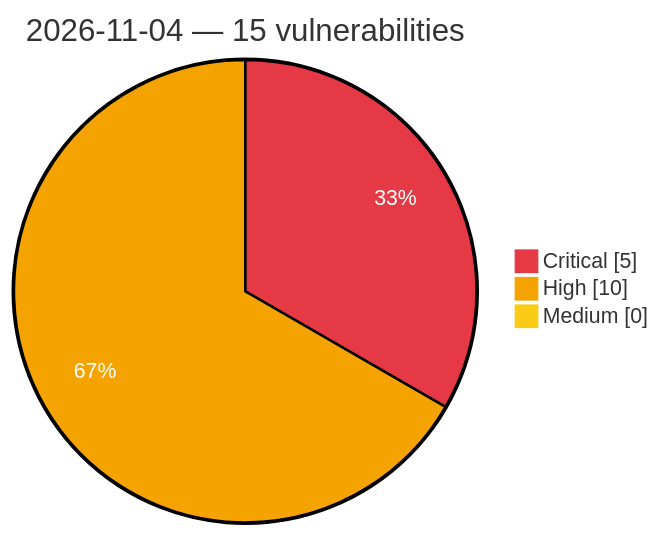
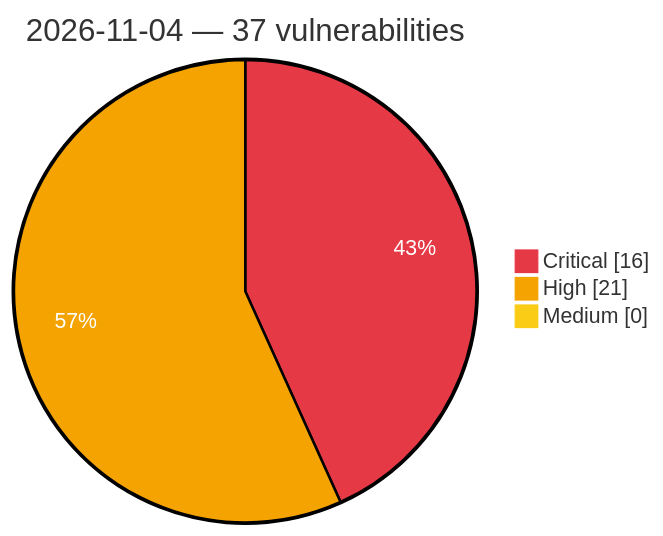
The diagram in vulnerabilities/2026/November/2026-11-04.md (GhostX0X/vuln-tracker), drawn with Mermaid before and after one commit. The commit also changed other lines of this file and 5 other files, not shown here.

Commit message:
Auto update: critical/high vulns (2026-11-04 09:38 UTC)

````diff
--- a/vulnerabilities/2026/November/2026-11-04.md
+++ b/vulnerabilities/2026/November/2026-11-04.md
@@ -3,8 +3,8 @@
 ```mermaid
 %%{init: {'theme':'base', 'themeVariables': {'pie1':'#e63946', 'pie2':'#f4a300', 'pie3':'#facc15', 'pieOpacity':'1', 'pieOuterStrokeWidth':'2px', 'pieSectionTextColor':'#ffffff'}}}%%
 pie showData
-    title 2026-11-04 — 15 vulnerabilities
-    "Critical" : 5
-    "High" : 10
+    title 2026-11-04 — 37 vulnerabilities
+    "Critical" : 16
+    "High" : 21
     "Medium" : 0
 ```
````
